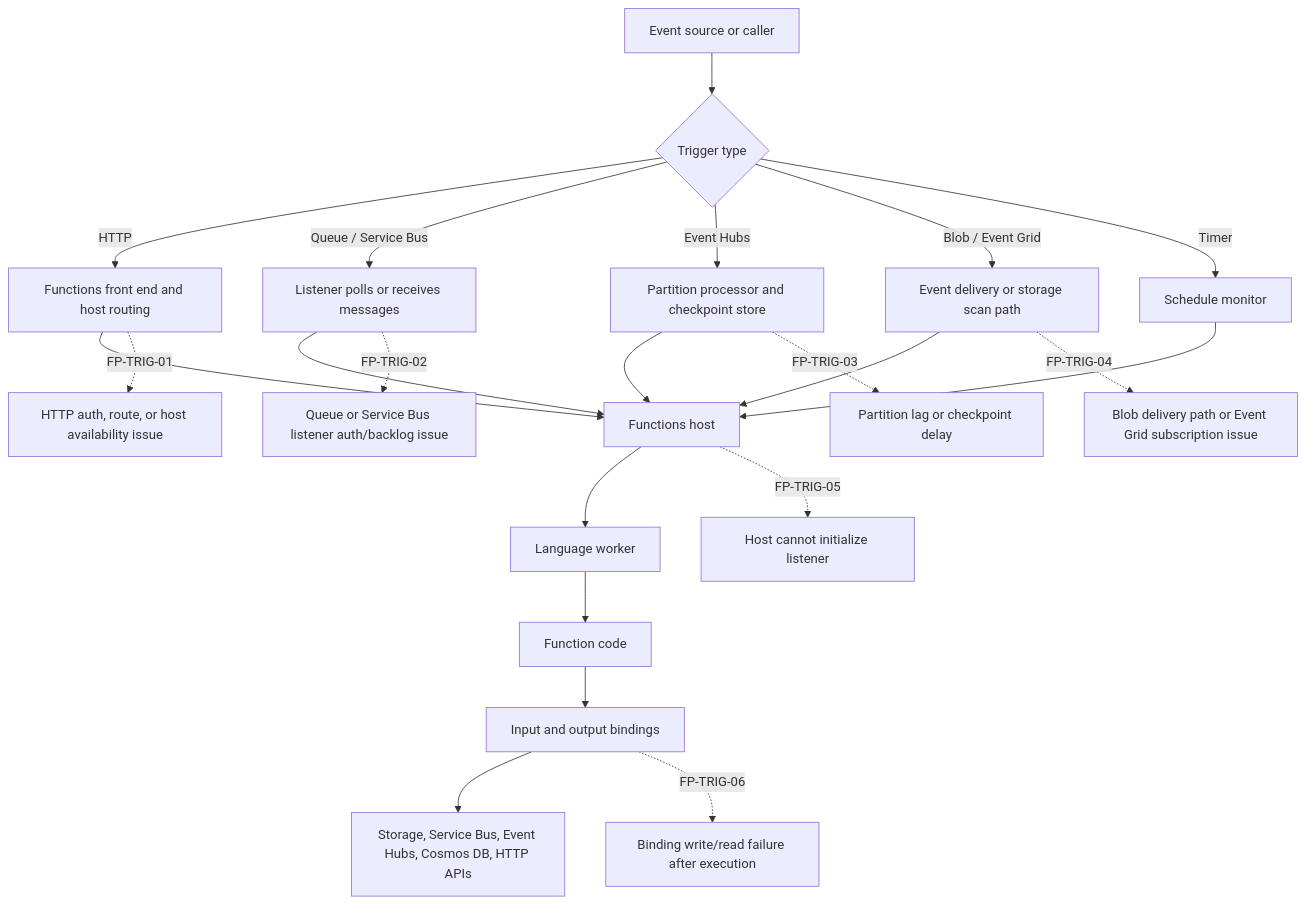
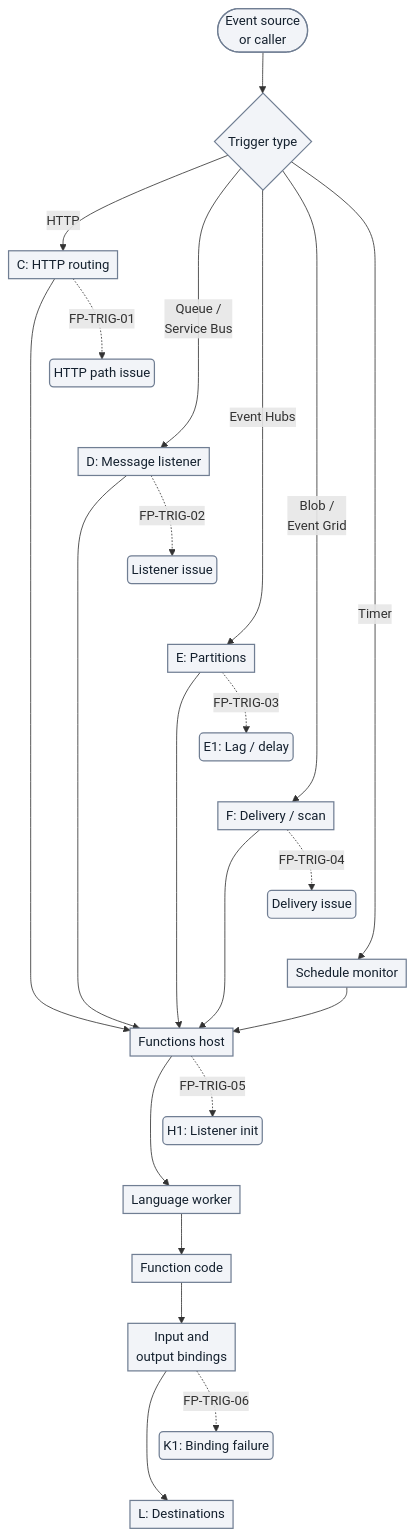
Before and after one commit to yeongseon/azure-functions-practical-guide: the second of 10 diagrams in docs/troubleshooting/architecture-components-reference.md, drawn with Mermaid. The commit also changed other lines of this file and 1 other file, not shown here.

First line of the commit message:
docs(diagrams): migrate Functions troubleshooting overview — architecture components reference (#452)

````diff
--- a/docs/troubleshooting/architecture-components-reference.md
+++ b/docs/troubleshooting/architecture-components-reference.md
@@ -257,25 +271,37 @@
 ```mermaid
+%%{init: {'flowchart': {'nodeSpacing': 10, 'padding': 5}}}%%
 flowchart TD
-    A[Event source or caller] --> B{Trigger type}
-    B -->|HTTP| C[Functions front end and host routing]
-    B -->|"Queue / Service Bus"| D[Listener polls or receives messages]
-    B -->|Event Hubs| E[Partition processor and checkpoint store]
-    B -->|"Blob / Event Grid"| F[Event delivery or storage scan path]
-    B -->|Timer| G[Schedule monitor]
+    accTitle: Trigger and binding diagnostic routing
+    accDescr: Illustrative logical diagnostic map preserving HTTP, Queue and Service Bus, Event Hubs, Blob and Event Grid, and Timer paths. Arrows group responsibilities, not network hops or a universal execution order. Input bindings can supply data before user code executes; output bindings write results. Failure points are candidates to investigate, not confirmed causes.
+    A(["Event source<br/>or caller"]) --> B{Trigger type}
+    B -->|HTTP| C["C: HTTP routing"]
+    B -->|"Queue /<br/>Service Bus"| D["D: Message listener"]
+    B -->|"Event Hubs"| E["E: Partitions"]
+    B -->|"Blob /<br/>Event Grid"| F["F: Delivery / scan"]
+    B -->|Timer| G["Schedule monitor"]
     C --> H[Functions host]
     D --> H
     E --> H
     F --> H
     G --> H
     H --> I[Language worker]
     I --> J[Function code]
-    J --> K[Input and output bindings]
-    K --> L[Storage, Service Bus, Event Hubs, Cosmos DB, HTTP APIs]
+    J --> K["Input and<br/>output bindings"]
+    K --> L["L: Destinations"]
 
-    C -. FP-TRIG-01 .-> C1[HTTP auth, route, or host availability issue]
-    D -. FP-TRIG-02 .-> D1["Queue or Service Bus listener auth/backlog issue"]
-    E -. FP-TRIG-03 .-> E1[Partition lag or checkpoint delay]
-    F -. FP-TRIG-04 .-> F1[Blob delivery path or Event Grid subscription issue]
-    H -. FP-TRIG-05 .-> H1[Host cannot initialize listener]
-    K -. FP-TRIG-06 .-> K1["Binding write/read failure after execution"]
+    C -. FP-TRIG-01 .-> C1("HTTP path issue")
+    D -. FP-TRIG-02 .-> D1("Listener issue")
+    E -. FP-TRIG-03 .-> E1("E1: Lag / delay")
+    F -. FP-TRIG-04 .-> F1("Delivery issue")
+    H -. FP-TRIG-05 .-> H1("H1: Listener init")
+    K -. FP-TRIG-06 .-> K1("K1: Binding failure")
+    %% Layout-only links serialize alternatives; they add no diagnostic steps or arrows.
+    C1 ~~~ D
+    D1 ~~~ E
+    E1 ~~~ F
+    F1 ~~~ G
+    H1 ~~~ I
+    K1 ~~~ L
+    classDef baseNeutral fill:#f2f4f8,stroke:#707e93,stroke-width:1.5px,color:#14202e;
+    class A,B,C,D,E,F,G,H,I,J,K,L,C1,D1,E1,F1,H1,K1 baseNeutral;
 ```
````
